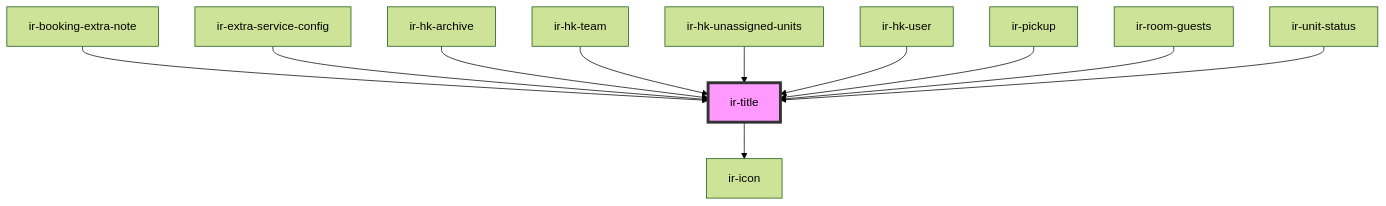
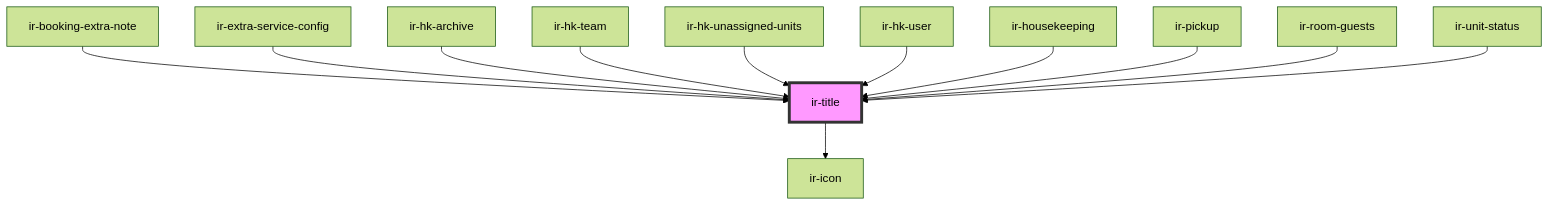
Before and after one commit to David1Chowaifaty/modified-ir-webcmp: the diagram in src/components/ir-title/readme.md, drawn with Mermaid (forest theme). The commit also changed other lines of this file and 28 other files, not shown here.

````diff
--- a/src/components/ir-title/readme.md
+++ b/src/components/ir-title/readme.md
@@ -43,14 +45,15 @@
 ```mermaid
 graph TD;
   ir-title --> ir-icon
   ir-booking-extra-note --> ir-title
   ir-extra-service-config --> ir-title
   ir-hk-archive --> ir-title
   ir-hk-team --> ir-title
   ir-hk-unassigned-units --> ir-title
   ir-hk-user --> ir-title
+  ir-housekeeping --> ir-title
   ir-pickup --> ir-title
   ir-room-guests --> ir-title
   ir-unit-status --> ir-title
   style ir-title fill:#f9f,stroke:#333,stroke-width:4px
 ```
````
